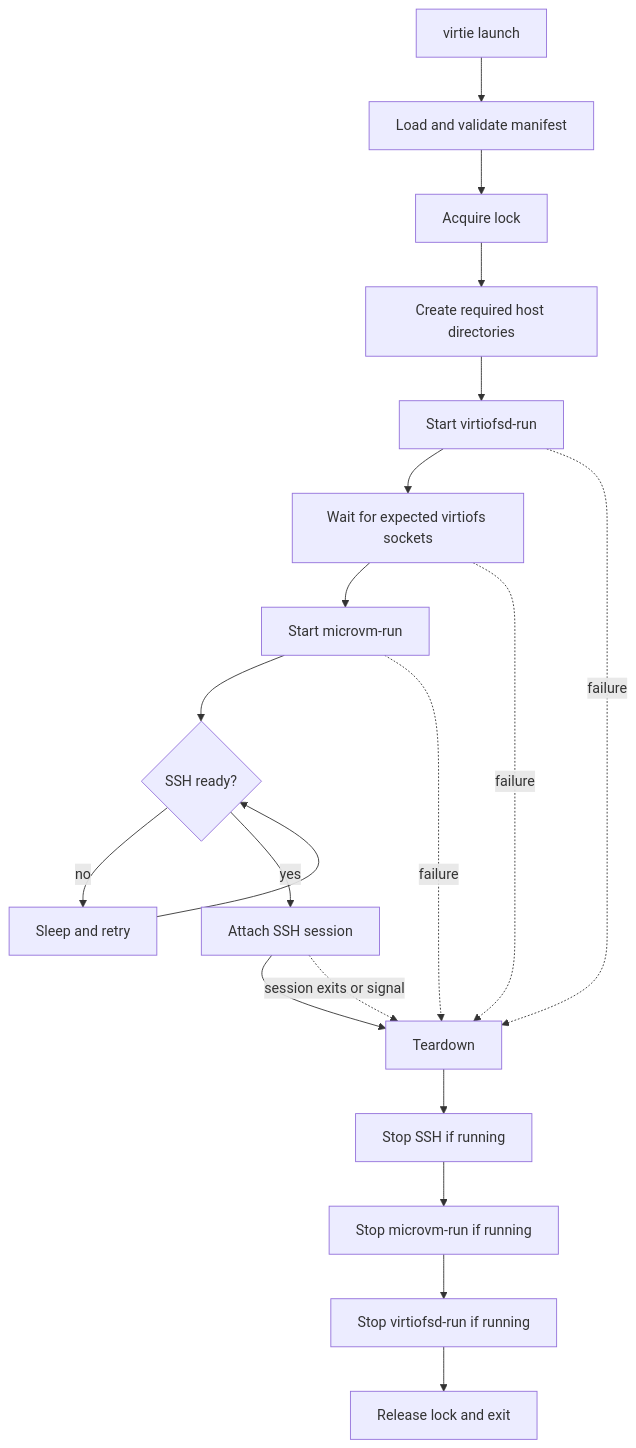
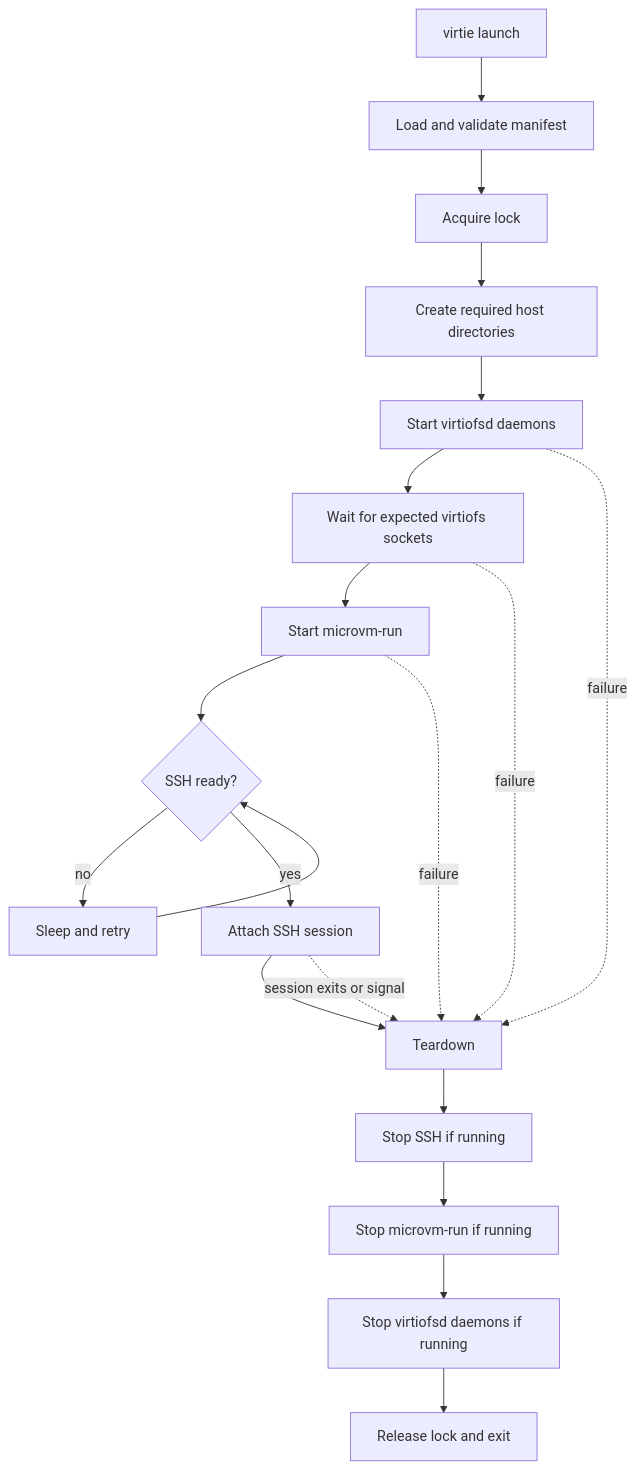
Before and after one commit to shazow/agentspace: the diagram in virtie/SPEC.md, drawn with Mermaid. The commit also changed other lines of this file and 4 other files, not shown here.

Commit message:
virtiofs-run -> virtiofsd

````diff
--- a/virtie/SPEC.md
+++ b/virtie/SPEC.md
@@ -170,23 +166,23 @@
 ```mermaid
 flowchart TD
     A[virtie launch] --> B[Load and validate manifest]
     B --> C[Acquire lock]
     C --> D[Create required host directories]
-    D --> E[Start virtiofsd-run]
+    D --> E[Start virtiofsd daemons]
     E --> F[Wait for expected virtiofs sockets]
     F --> G[Start microvm-run]
     G --> H{SSH ready?}
     H -- no --> I[Sleep and retry]
     I --> H
     H -- yes --> J[Attach SSH session]
     J --> K[Teardown]
     K --> L[Stop SSH if running]
     L --> M[Stop microvm-run if running]
-    M --> N[Stop virtiofsd-run if running]
+    M --> N[Stop virtiofsd daemons if running]
     N --> O[Release lock and exit]
 
     E -. failure .-> K
     F -. failure .-> K
     G -. failure .-> K
     J -. session exits or signal .-> K
 ```
````
